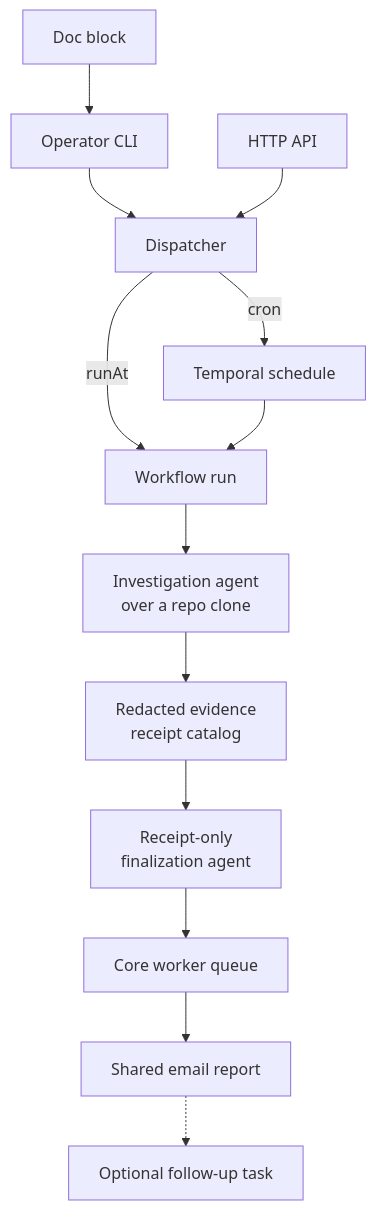
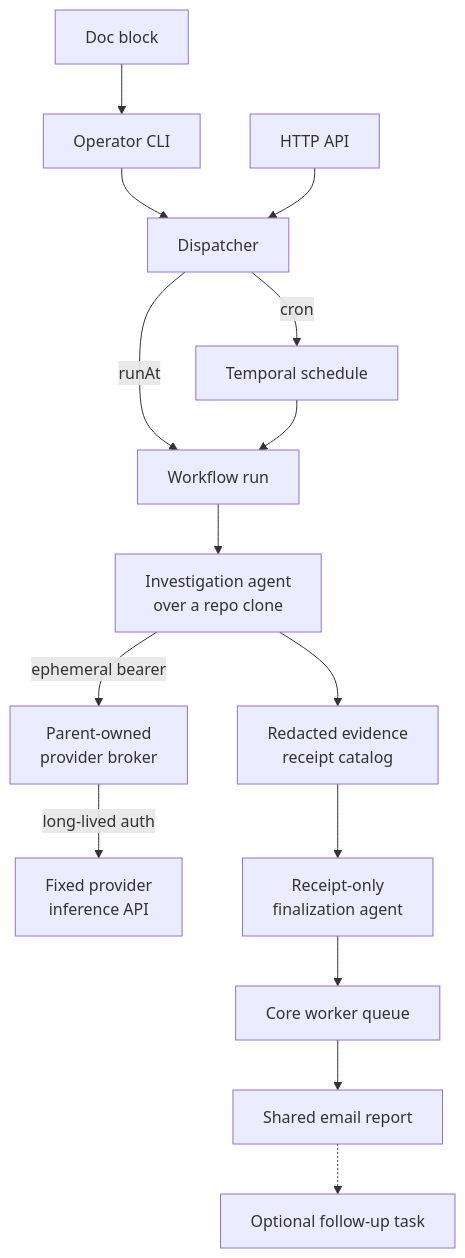
The diagram in packages/docs/wiki/src/content/docs/explanation/temporal/agent-task-boundary.md (shepherdjerred/monorepo), drawn with Mermaid before and after one commit. The commit also changed other lines of this file and 31 other files, not shown here.

````diff
--- a/packages/docs/wiki/src/content/docs/explanation/temporal/agent-task-boundary.md
+++ b/packages/docs/wiki/src/content/docs/explanation/temporal/agent-task-boundary.md
@@ -13,18 +13,20 @@
 ```mermaid
 flowchart TD
   accTitle: Agent task lifecycle
   accDescr: A doc block via the operator CLI, or the authenticated HTTP API, submits a task to one dispatcher, which either upserts a cron schedule or starts a one-off workflow. The workflow investigates over a repo clone, captures redacted evidence receipts, finalizes only from that catalog, sends a shared report, and may dispatch one follow-up.
 
   B[Doc block] --> CLI[Operator CLI]
   CLI --> DIS[Dispatcher]
   API[HTTP API] --> DIS
   DIS -->|cron| SCH[Temporal schedule]
   DIS -->|runAt| WF[Workflow run]
   SCH --> WF
   WF --> I[Investigation agent<br>over a repo clone]
+  I -->|ephemeral bearer| BKR[Parent-owned<br>provider broker]
+  BKR -->|long-lived auth| PAPI[Fixed provider<br>inference API]
   I --> R[Redacted evidence<br>receipt catalog]
   R --> FNL[Receipt-only<br>finalization agent]
   FNL --> CQ[Core worker queue]
   CQ --> E[Shared email report]
   E -.-> F[Optional follow-up task]
 ```
````
